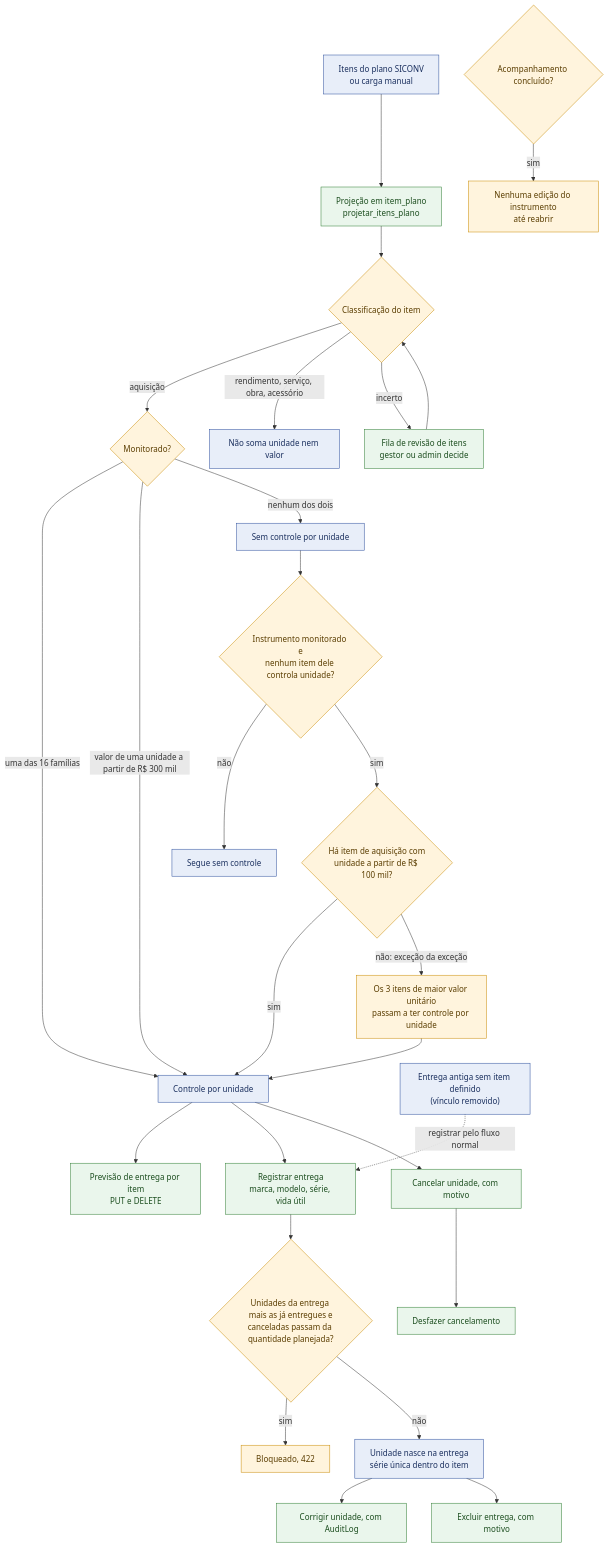
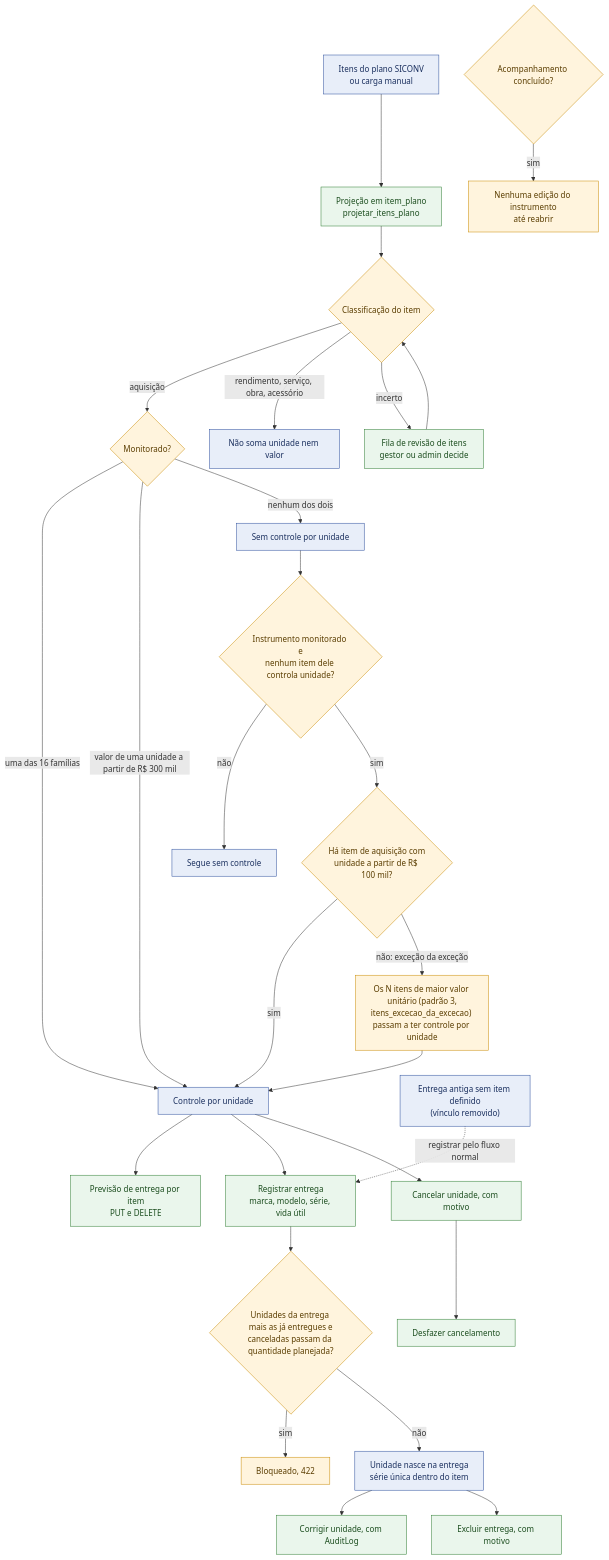
One commit to devs-ministerio/par_equipamentos changed the fifth of 12 diagrams in docs/mermaid/monitoramento-interno.md. Above: the diagram before and after it, drawn with Mermaid. The commit also changed other lines of this file and 6 other files, not shown here.

Commit message:
docs: corrige mapas Mermaid segundo a auditoria (Portal opcional, prova gravada, cardinalidades, rotas, jobs)

````diff
--- a/docs/mermaid/monitoramento-interno.md
+++ b/docs/mermaid/monitoramento-interno.md
@@ -150,34 +150,34 @@
 ```mermaid
 flowchart TB
     classDef dado fill:#E8EEF9,stroke:#2A4D9B,color:#1a2f5e
     classDef acao fill:#EAF6EC,stroke:#2E7D32,color:#1b4d1e
     classDef regra fill:#FFF4DD,stroke:#C98A00,color:#5a3d00
 
     SICONV["Itens do plano SICONV<br/>ou carga manual"]:::dado --> PROJ["Projeção em item_plano<br/>projetar_itens_plano"]:::acao
     PROJ --> CLASS{"Classificação do item"}:::regra
     CLASS -->|"aquisição"| MON{"Monitorado?"}:::regra
     CLASS -->|"rendimento, serviço, obra, acessório"| FORA["Não soma unidade nem valor"]:::dado
     CLASS -->|"incerto"| FILA["Fila de revisão de itens<br/>gestor ou admin decide"]:::acao
     FILA --> CLASS
     MON -->|"uma das 16 famílias"| SIM["Controle por unidade"]:::dado
     MON -->|"valor de uma unidade a partir de R$ 300 mil"| SIM
     MON -->|"nenhum dos dois"| NAO["Sem controle por unidade"]:::dado
     NAO --> INST{"Instrumento monitorado e<br/>nenhum item dele controla unidade?"}:::regra
     INST -->|"não"| FIM0["Segue sem controle"]:::dado
     INST -->|"sim"| EXC{"Há item de aquisição com<br/>unidade a partir de R$ 100 mil?"}:::regra
     EXC -->|"sim"| SIM
-    EXC -->|"não: exceção da exceção"| TOP["Os 3 itens de maior valor unitário<br/>passam a ter controle por unidade"]:::regra
+    EXC -->|"não: exceção da exceção"| TOP["Os N itens de maior valor unitário (padrão 3,<br/>itens_excecao_da_excecao) passam a ter controle por unidade"]:::regra
     TOP --> SIM
 
     SIM --> PREV["Previsão de entrega por item<br/>PUT e DELETE"]:::acao
     SIM --> ENT["Registrar entrega<br/>marca, modelo, série, vida útil"]:::acao
     ENT --> LIM{"Unidades da entrega mais as já entregues e<br/>canceladas passam da quantidade planejada?"}:::regra
     LIM -->|"sim"| BLOQ["Bloqueado, 422"]:::regra
     LIM -->|"não"| UNI["Unidade nasce na entrega<br/>série única dentro do item"]:::dado
     UNI --> CORR["Corrigir unidade, com AuditLog"]:::acao
     UNI --> EXCL["Excluir entrega, com motivo"]:::acao
     SIM --> CANC["Cancelar unidade, com motivo"]:::acao
     CANC --> DESF["Desfazer cancelamento"]:::acao
     LEG["Entrega antiga sem item definido<br/>(vínculo removido)"]:::dado -. "registrar pelo fluxo normal" .-> ENT
     CONC{"Acompanhamento concluído?"}:::regra -->|"sim"| TRAVA["Nenhuma edição do instrumento<br/>até reabrir"]:::regra
 ```
````
